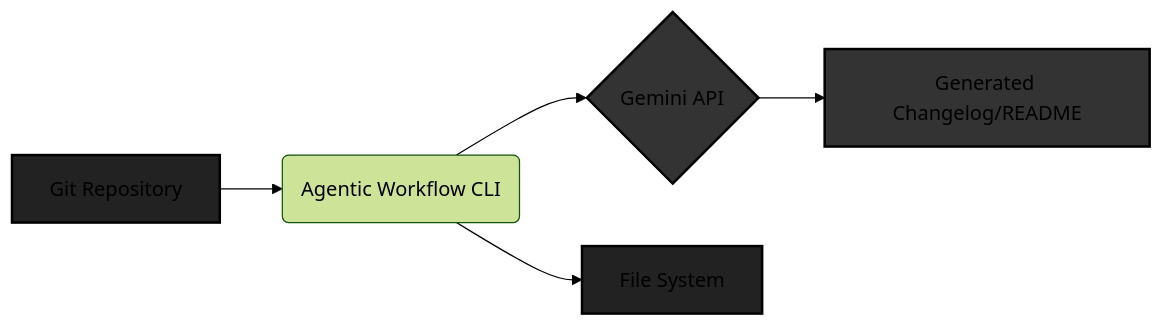
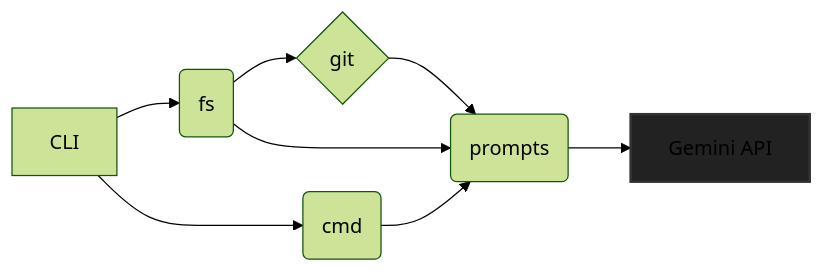
The diagram in README.md (hjfitz/gen), drawn with Mermaid (forest theme) before and after one commit. The commit also changed other lines of this file and 5 other files, not shown here.

````diff
--- a/README.md
+++ b/README.md
@@ -27,11 +13,11 @@
 ```mermaid
 graph LR
-    A[Git Repository] --> B(Agentic Workflow CLI);
-    B --> C{Gemini API};
-    B --> D[File System];
-    C --> E[Generated Changelog/README];
-    style C fill:#333,stroke:#000,stroke-width:2px;
-    style A fill:#222,stroke:#000,stroke-width:2px;
-    style D fill:#222,stroke:#000,stroke-width:2px;
-    style E fill:#333,stroke:#000,stroke-width:2px;
+    A[CLI] --> B(fs);
+    B --> C{git};
+    B --> D(prompts);
+    D --> E[Gemini API];
+    A --> F(cmd);
+    F --> D;
+    C --> D;
+    style E fill:#222,stroke:#333,stroke-width:2px
 ```
````
